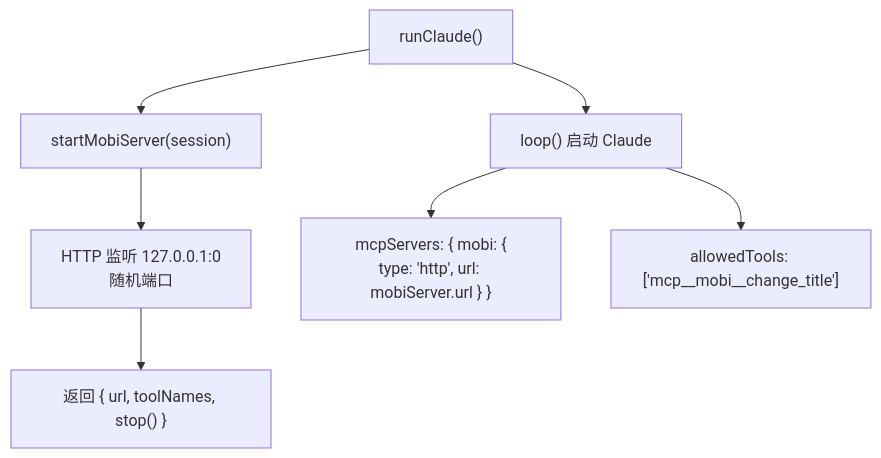
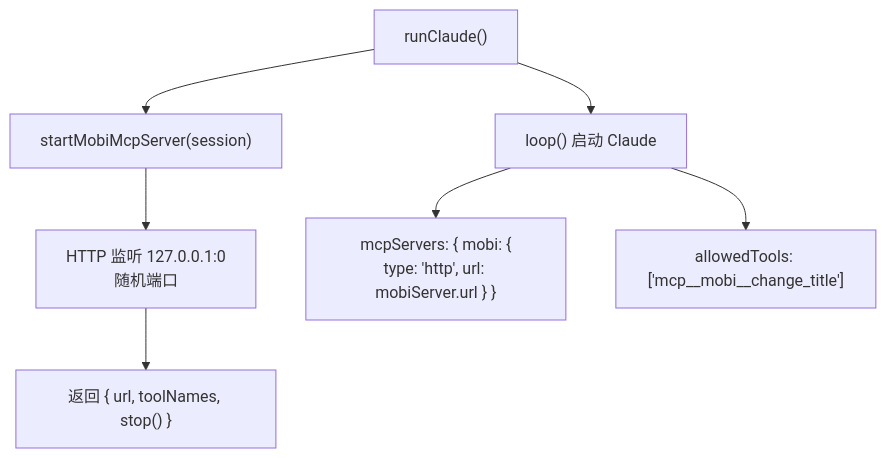
Before and after one commit to ModuBit/mobi: the third of 4 diagrams in docs/architecture/cli/commands/mcp/README.md, drawn with Mermaid. The commit also changed other lines of this file and 56 other files, not shown here.

````diff
--- a/docs/architecture/cli/commands/mcp/README.md
+++ b/docs/architecture/cli/commands/mcp/README.md
@@ -55,10 +55,10 @@
 ```mermaid
 flowchart TB
-    Start["runClaude()"] --> MobiServer["startMobiServer(session)"]
+    Start["runClaude()"] --> MobiServer["startMobiMcpServer(session)"]
     MobiServer --> Listen["HTTP 监听 127.0.0.1:0<br/>随机端口"]
     Listen --> Return["返回 { url, toolNames, stop() }"]
 
     Start --> Loop["loop() 启动 Claude"]
     Loop --> Register["mcpServers: { mobi: {<br/>type: 'http', url: mobiServer.url } }"]
     Loop --> Allowed["allowedTools: ['mcp__mobi__change_title']"]
 ```
````
